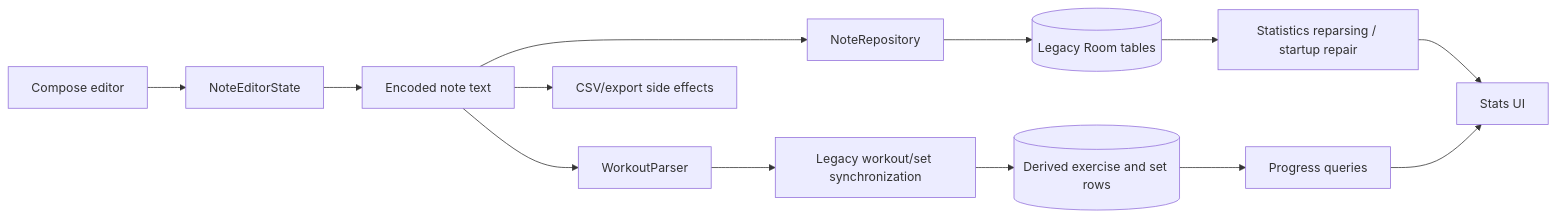
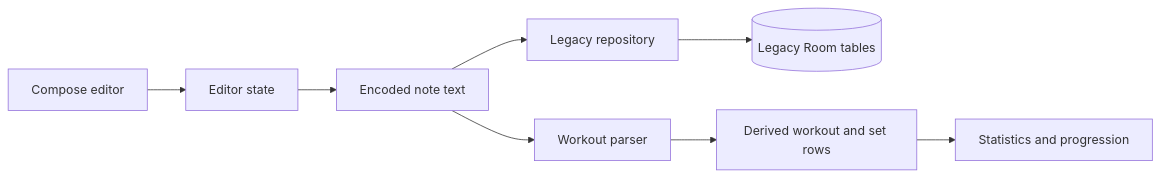
Before and after one commit to Znypr/GymTrack: the first of 4 diagrams in docs/ARCHITECTURE.md, drawn with Mermaid. The commit also changed other lines of this file, not shown here.

Commit message:
docs: remove active ticket tracking from architecture

````diff
--- a/docs/ARCHITECTURE.md
+++ b/docs/ARCHITECTURE.md
@@ -64,18 +56,11 @@
 ```mermaid
 flowchart LR
-    A[Compose editor] --> B[NoteEditorState]
+    A[Compose editor] --> B[Editor state]
     B --> C[Encoded note text]
-    C --> D[NoteRepository]
+    C --> D[Legacy repository]
     D --> E[(Legacy Room tables)]
 
-    C --> F[WorkoutParser]
-    F --> G[Legacy workout/set synchronization]
-    G --> H[(Derived exercise and set rows)]
-
-    E --> I[Statistics reparsing / startup repair]
-    H --> J[Progress queries]
-    I --> K[Stats UI]
-    J --> K
-
-    C --> L[CSV/export side effects]
+    C --> F[Workout parser]
+    F --> G[Derived workout and set rows]
+    G --> H[Statistics and progression]
 ```
````
